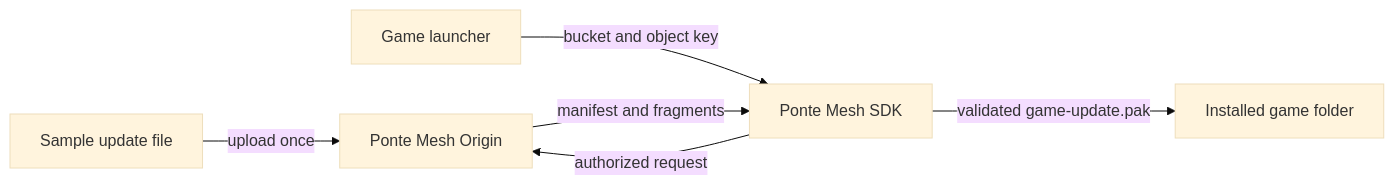
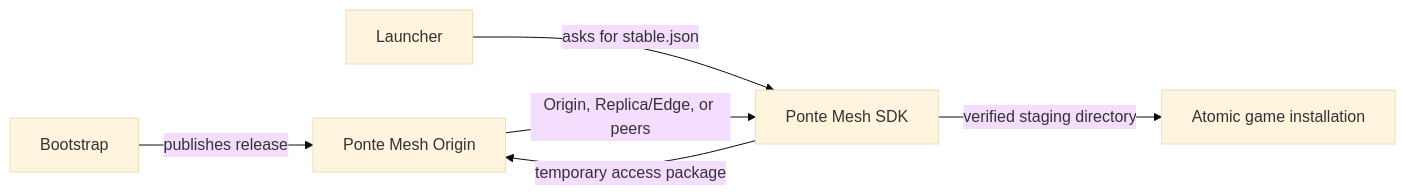
One commit to fhfelipefh/pontemesh-game-launcher-example changed the diagram in README.md. Above: the diagram before and after it, drawn with Mermaid (base theme). The commit also changed other lines of this file and 13 other files, not shown here.

First line of the commit message:
Example 0.2.0: production-style game updater flow (#1)

````diff
--- a/README.md
+++ b/README.md
@@ -9,8 +7,8 @@
 ```mermaid
 flowchart LR
-    A[Sample update file] -->|upload once| O[Ponte Mesh Origin]
-    L[Game launcher] -->|bucket and object key| SDK[Ponte Mesh SDK]
-    SDK -->|authorized request| O
-    O -->|manifest and fragments| SDK
-    SDK -->|validated game-update.pak| I[Installed game folder]
+    B[Bootstrap] -->|publishes release| O[Ponte Mesh Origin]
+    L[Launcher] -->|asks for stable.json| S[Ponte Mesh SDK]
+    S -->|temporary access package| O
+    O -->|Origin, Replica/Edge, or peers| S
+    S -->|verified staging directory| I[Atomic game installation]
 ```
````
